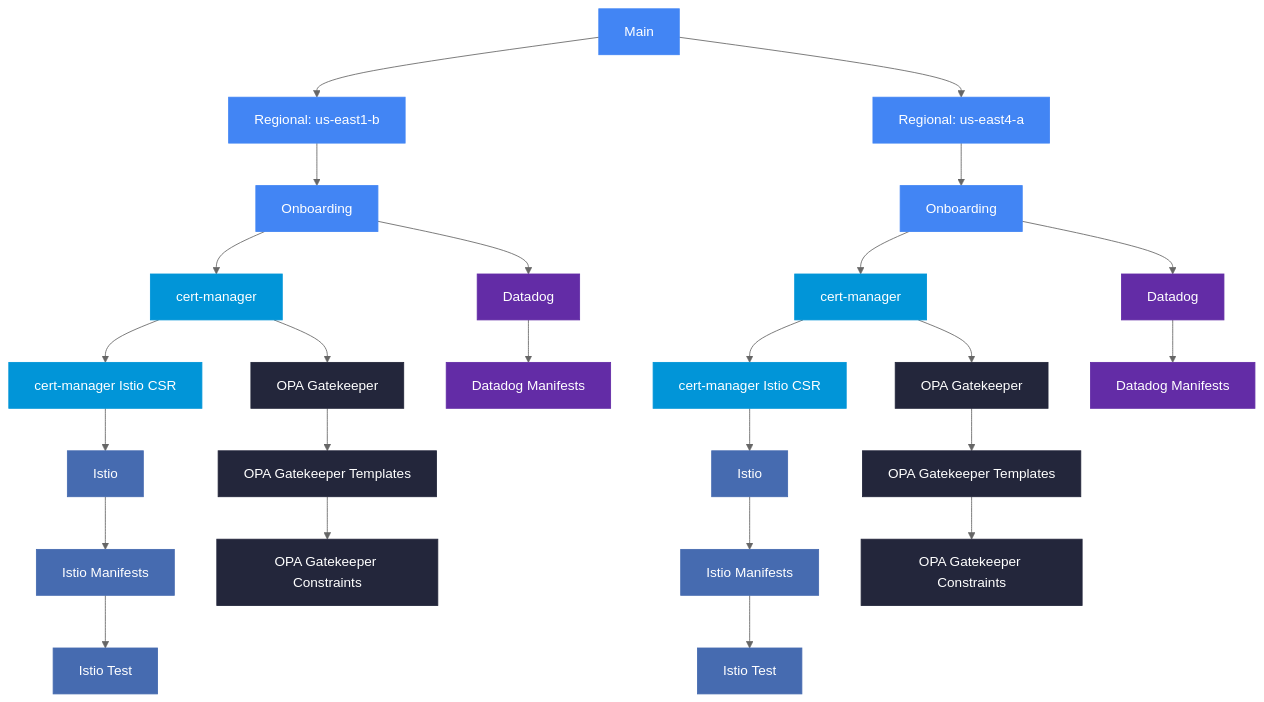
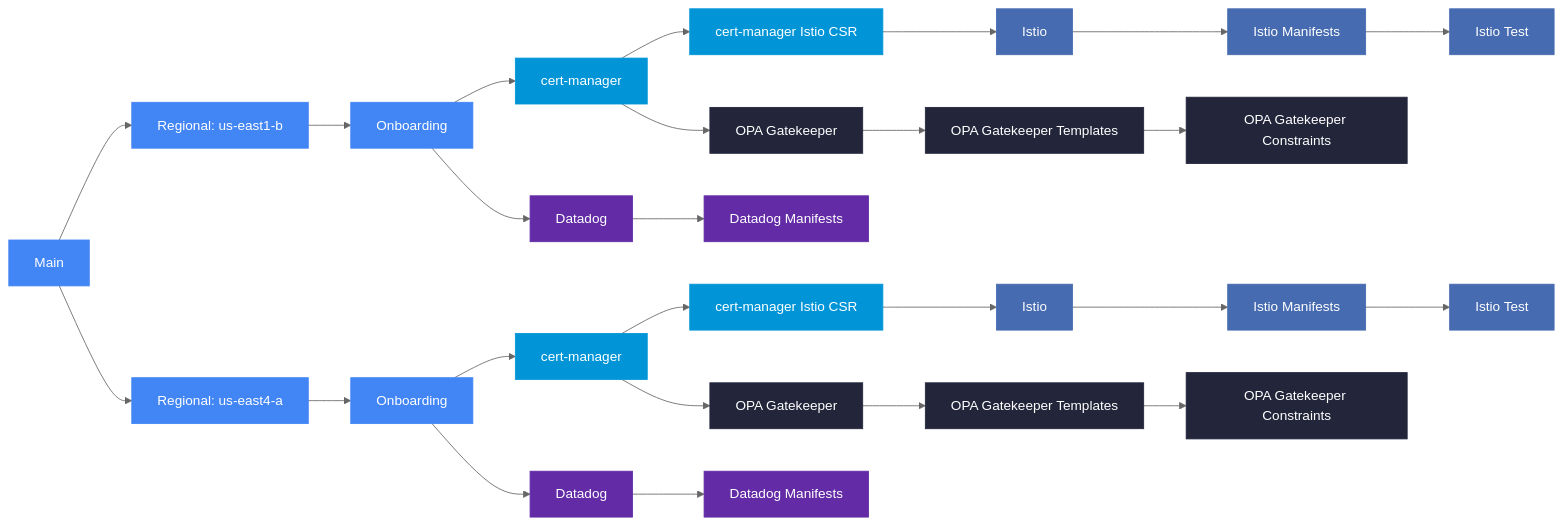
The diagram in README.md (osinfra-io/pt-pneuma), drawn with Mermaid (neutral theme) before and after one commit.

Commit message:
Switch deployment diagram to horizontal layout

````diff
--- a/README.md
+++ b/README.md
@@ -34,62 +34,62 @@
 ```mermaid
-flowchart TD
+flowchart LR
     classDef gke fill:#4285F4,stroke:#4285F4,color:#fff
     classDef certmanager fill:#0195D8,stroke:#0195D8,color:#fff
     classDef istio fill:#466BB0,stroke:#466BB0,color:#fff
     classDef datadog fill:#632CA6,stroke:#632CA6,color:#fff
     classDef opa fill:#23263B,stroke:#23263B,color:#fff
 
     main["Main"]:::gke
 
     z1_regional["Regional: us-east1-b"]:::gke
     z1_onboarding["Onboarding"]:::gke
     z1_cert_manager["cert-manager"]:::certmanager
     z1_cert_manager_istio_csr["cert-manager Istio CSR"]:::certmanager
     z1_istio["Istio"]:::istio
     z1_istio_manifests["Istio Manifests"]:::istio
     z1_istio_test["Istio Test"]:::istio
     z1_datadog["Datadog"]:::datadog
     z1_datadog_manifests["Datadog Manifests"]:::datadog
     z1_opa_gatekeeper["OPA Gatekeeper"]:::opa
     z1_opa_templates["OPA Gatekeeper Templates"]:::opa
     z1_opa_constraints["OPA Gatekeeper Constraints"]:::opa
 
     main --> z1_regional
     z1_regional --> z1_onboarding
     z1_onboarding --> z1_cert_manager
     z1_onboarding --> z1_datadog
     z1_cert_manager --> z1_cert_manager_istio_csr
     z1_cert_manager --> z1_opa_gatekeeper
     z1_cert_manager_istio_csr --> z1_istio
     z1_istio --> z1_istio_manifests
     z1_istio_manifests --> z1_istio_test
     z1_datadog --> z1_datadog_manifests
     z1_opa_gatekeeper --> z1_opa_templates
     z1_opa_templates --> z1_opa_constraints
 
     z2_regional["Regional: us-east4-a"]:::gke
     z2_onboarding["Onboarding"]:::gke
     z2_cert_manager["cert-manager"]:::certmanager
     z2_cert_manager_istio_csr["cert-manager Istio CSR"]:::certmanager
     z2_istio["Istio"]:::istio
     z2_istio_manifests["Istio Manifests"]:::istio
     z2_istio_test["Istio Test"]:::istio
     z2_datadog["Datadog"]:::datadog
     z2_datadog_manifests["Datadog Manifests"]:::datadog
     z2_opa_gatekeeper["OPA Gatekeeper"]:::opa
     z2_opa_templates["OPA Gatekeeper Templates"]:::opa
     z2_opa_constraints["OPA Gatekeeper Constraints"]:::opa
 
     main --> z2_regional
     z2_regional --> z2_onboarding
     z2_onboarding --> z2_cert_manager
     z2_onboarding --> z2_datadog
     z2_cert_manager --> z2_cert_manager_istio_csr
     z2_cert_manager --> z2_opa_gatekeeper
     z2_cert_manager_istio_csr --> z2_istio
     z2_istio --> z2_istio_manifests
     z2_istio_manifests --> z2_istio_test
     z2_datadog --> z2_datadog_manifests
     z2_opa_gatekeeper --> z2_opa_templates
     z2_opa_templates --> z2_opa_constraints
 ```
````
